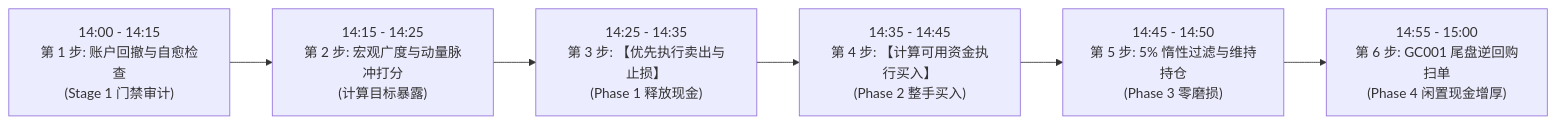
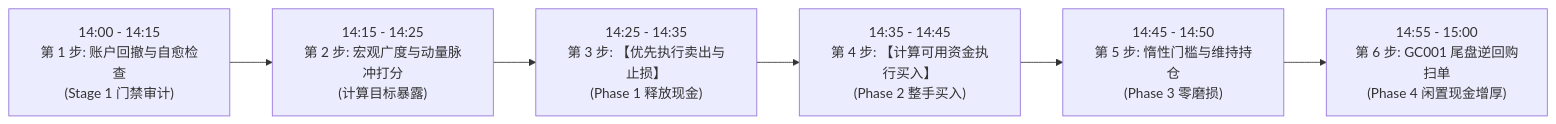
The second of 2 diagrams in docs/ruleset/chan_four_state_blend/rules_cn.md (stonewell/quant_research), drawn with Mermaid before and after one commit. The commit also changed other lines of this file and 11 other files, not shown here.

````diff
--- a/docs/ruleset/chan_four_state_blend/rules_cn.md
+++ b/docs/ruleset/chan_four_state_blend/rules_cn.md
@@ -83,8 +83,8 @@
 ```mermaid
 flowchart LR
     T1["14:00 - 14:15\n第 1 步: 账户回撤与自愈检查\n(Stage 1 门禁审计)"] --> T2["14:15 - 14:25\n第 2 步: 宏观广度与动量脉冲打分\n(计算目标暴露)"]
     T2 --> T3["14:25 - 14:35\n第 3 步: 【优先执行卖出与止损】\n(Phase 1 释放现金)"]
     T3 --> T4["14:35 - 14:45\n第 4 步: 【计算可用资金执行买入】\n(Phase 2 整手买入)"]
-    T4 --> T5["14:45 - 14:50\n第 5 步: 5% 惰性过滤与维持持仓\n(Phase 3 零磨损)"]
+    T4 --> T5["14:45 - 14:50\n第 5 步: 惰性门槛与维持持仓\n(Phase 3 零磨损)"]
     T5 --> T6["14:55 - 15:00\n第 6 步: GC001 尾盘逆回购扫单\n(Phase 4 闲置现金增厚)"]
 ```
````
